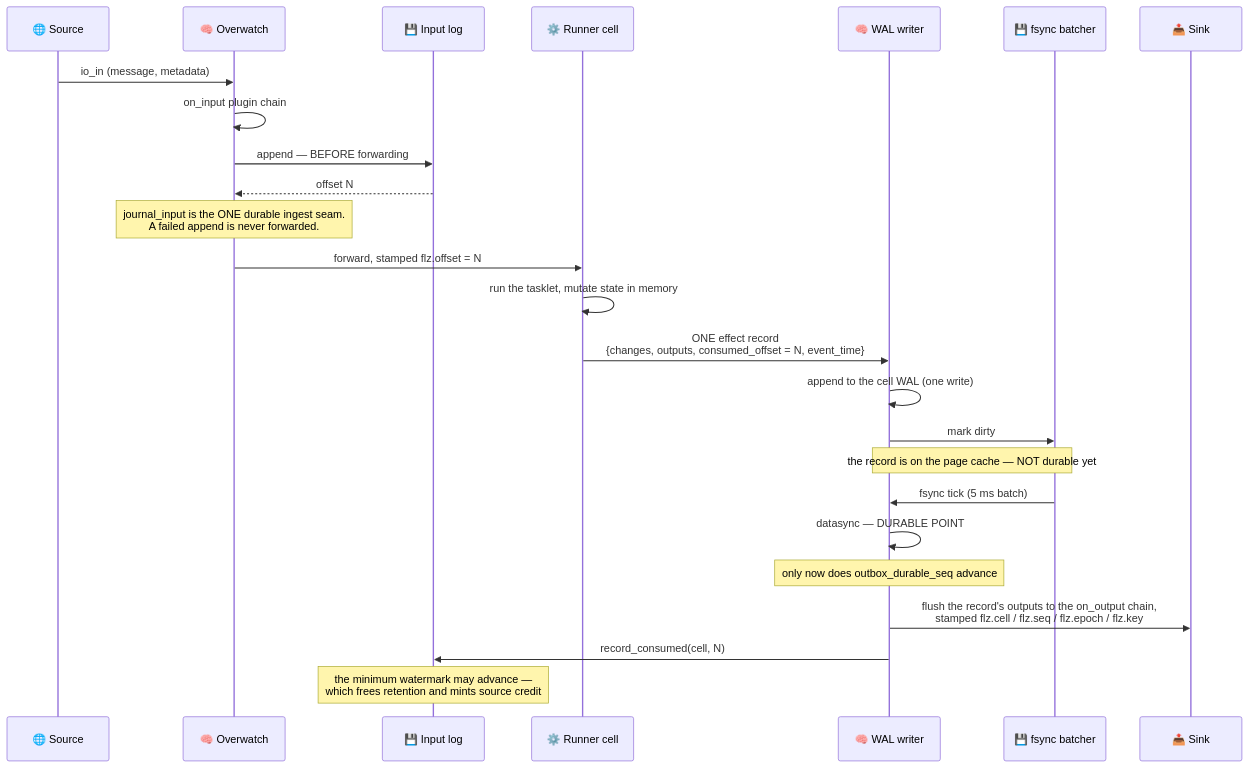
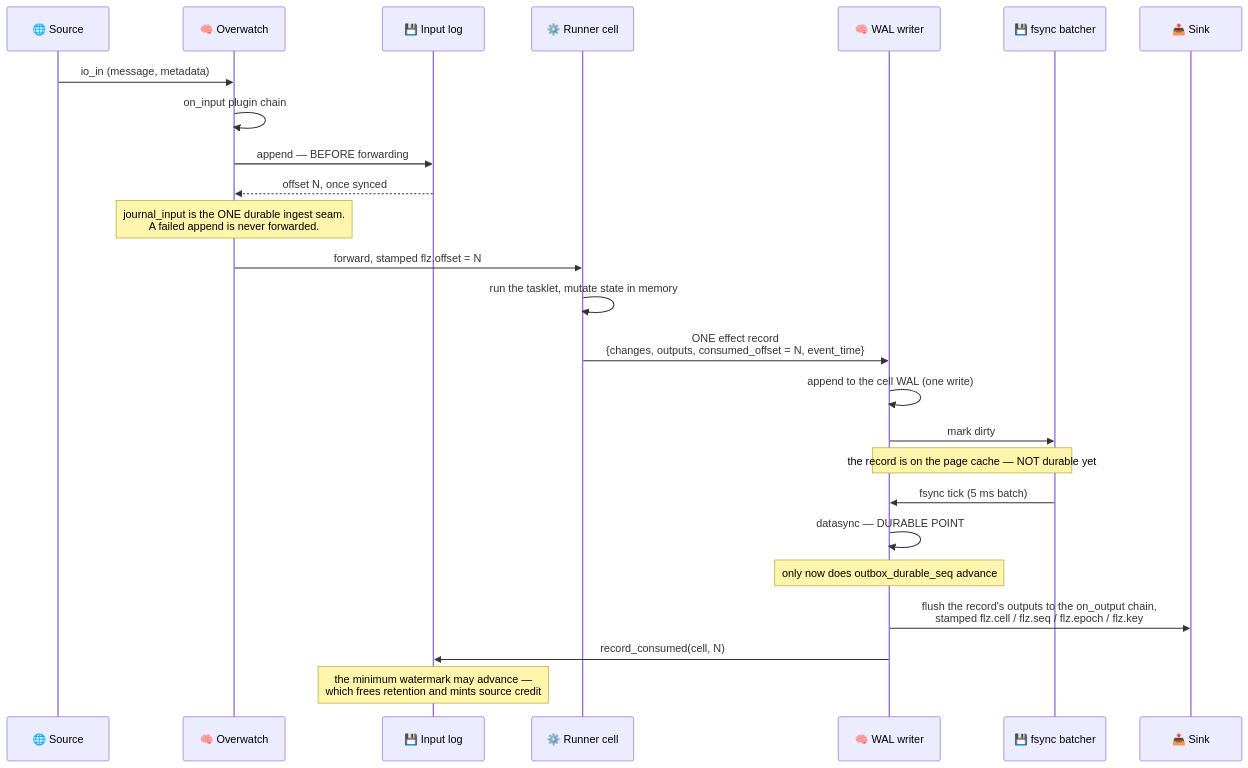
Before and after one commit to Flezha/flezha: the first of 17 diagrams in docs/architecture/kernel.md, drawn with Mermaid. The commit also changed other lines of this file and 78 other files, not shown here.

````diff
--- a/docs/architecture/kernel.md
+++ b/docs/architecture/kernel.md
@@ -30,31 +30,31 @@
 ```mermaid
 sequenceDiagram
     participant SRC as 🌐 Source
     participant OW as 🧠 Overwatch
     participant IL as 💾 Input log
     participant EX as ⚙️ Runner cell
     participant WW as 🧠 WAL writer
     participant FB as 💾 fsync batcher
     participant SINK as 📤 Sink
 
     SRC->>OW: io_in (message, metadata)
     OW->>OW: on_input plugin chain
     OW->>IL: append — BEFORE forwarding
-    IL-->>OW: offset N
+    IL-->>OW: offset N, once synced
     Note over OW: journal_input is the ONE durable ingest seam.<br/>A failed append is never forwarded.
     OW->>EX: forward, stamped flz.offset = N
 
     EX->>EX: run the tasklet, mutate state in memory
     EX->>WW: ONE effect record<br/>{changes, outputs, consumed_offset = N, event_time}
     WW->>WW: append to the cell WAL (one write)
     WW->>FB: mark dirty
     Note over WW,FB: the record is on the page cache — NOT durable yet
 
     FB->>WW: fsync tick (5 ms batch)
     WW->>WW: datasync — DURABLE POINT
     Note over WW: only now does outbox_durable_seq advance
 
     WW->>SINK: flush the record's outputs to the on_output chain,<br/>stamped flz.cell / flz.seq / flz.epoch / flz.key
     WW->>IL: record_consumed(cell, N)
     Note over IL: the minimum watermark may advance —<br/>which frees retention and mints source credit
 ```
````
